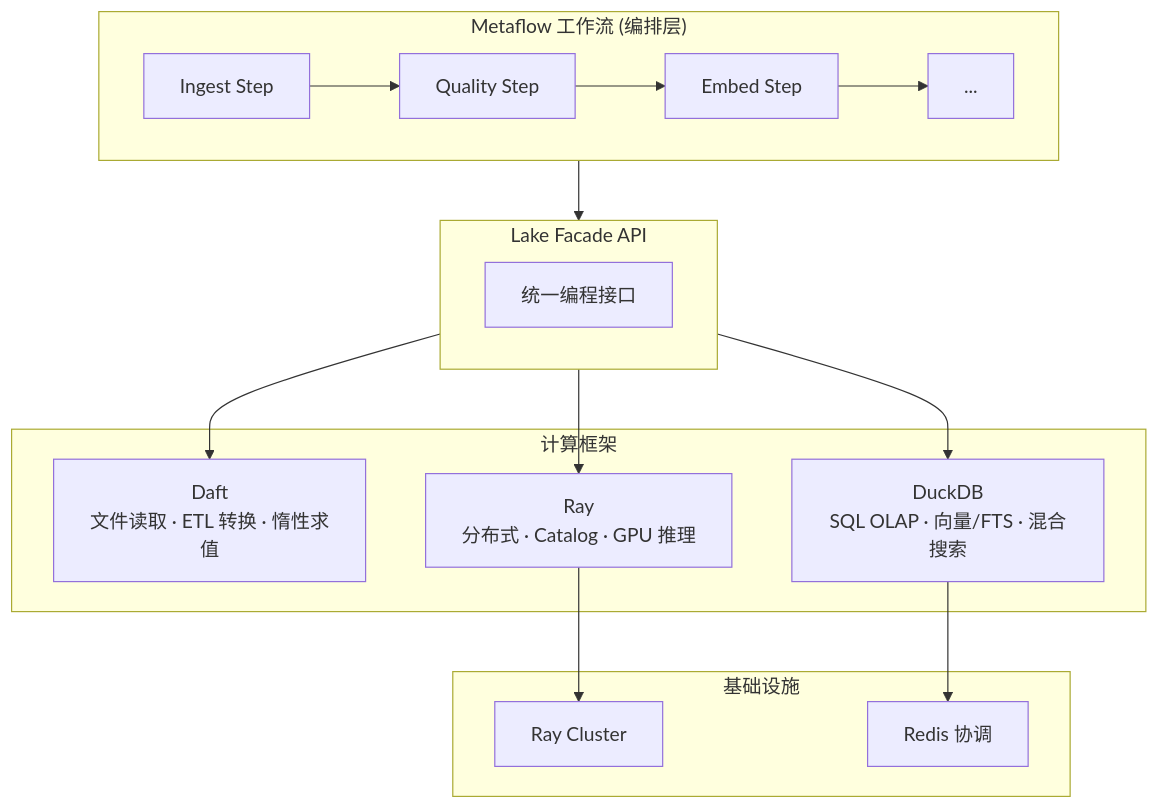
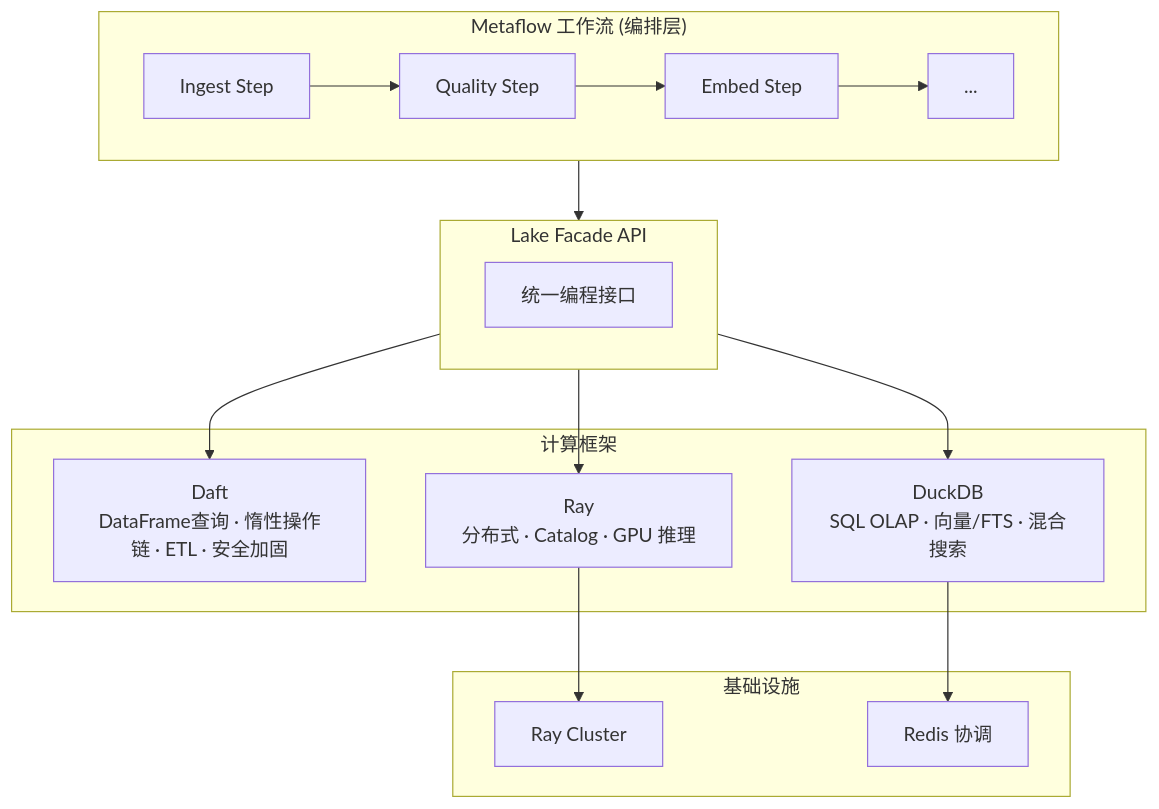
The fourth of 12 diagrams in docs/design_plan/architecture-overview.md (witsmaotech/arrow-lake), drawn with Mermaid before and after one commit. The commit also changed other lines of this file, not shown here.

First line of the commit message:
docs: 更新总体架构图 — Daft 查询引擎角色升级

````diff
--- a/docs/design_plan/architecture-overview.md
+++ b/docs/design_plan/architecture-overview.md
@@ -361,30 +424,30 @@
 ```mermaid
 flowchart TB
     subgraph MetaflowWF["Metaflow 工作流 (编排层)"]
         S1["Ingest Step"] --> S2["Quality Step"]
         S2 --> S3["Embed Step"]
         S3 --> S4["..."]
     end
 
     subgraph Facade["Lake Facade API"]
         API["统一编程接口"]
     end
 
     subgraph Frameworks["计算框架"]
-        Daft["Daft<br/>文件读取 · ETL 转换 · 惰性求值"]
+        Daft["Daft<br/>DataFrame查询 · 惰性操作链 · ETL · 安全加固"]
         DuckDBF["DuckDB<br/>SQL OLAP · 向量/FTS · 混合搜索"]
         Ray["Ray<br/>分布式 · Catalog · GPU 推理"]
     end
 
     subgraph Infra["基础设施"]
         RayCluster["Ray Cluster"]
         RedisCoord["Redis 协调"]
     end
 
     MetaflowWF --> Facade
     Facade --> Daft
     Facade --> DuckDBF
     Facade --> Ray
     Ray --> RayCluster
     DuckDBF --> RedisCoord
 ```
````
